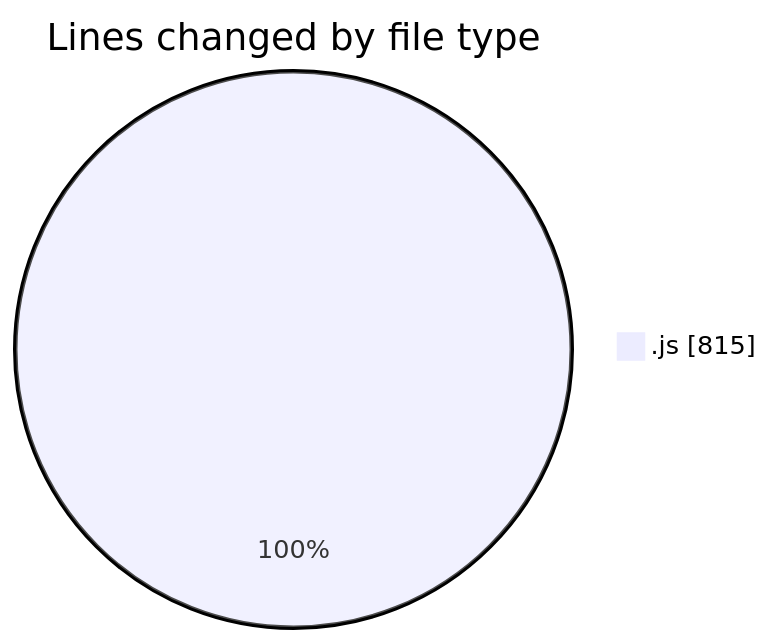
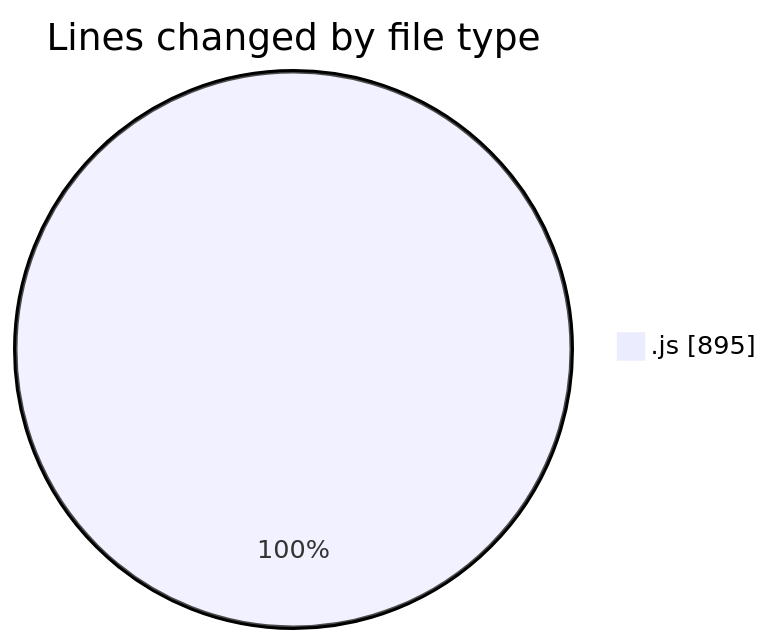
Before and after one commit to nxtqubesakshisongat/code-tracking: the first of 2 diagrams in 2025-07-23/nxtqube_webapp/README.md, drawn with Mermaid. The commit also changed other lines of this file and 1 other file, not shown here.

````diff
--- a/2025-07-23/nxtqube_webapp/README.md
+++ b/2025-07-23/nxtqube_webapp/README.md
@@ -20,5 +20,5 @@
 ```mermaid
 pie showData
 title Lines changed by file type
-".js" : 815
+".js" : 895
 ```
````
